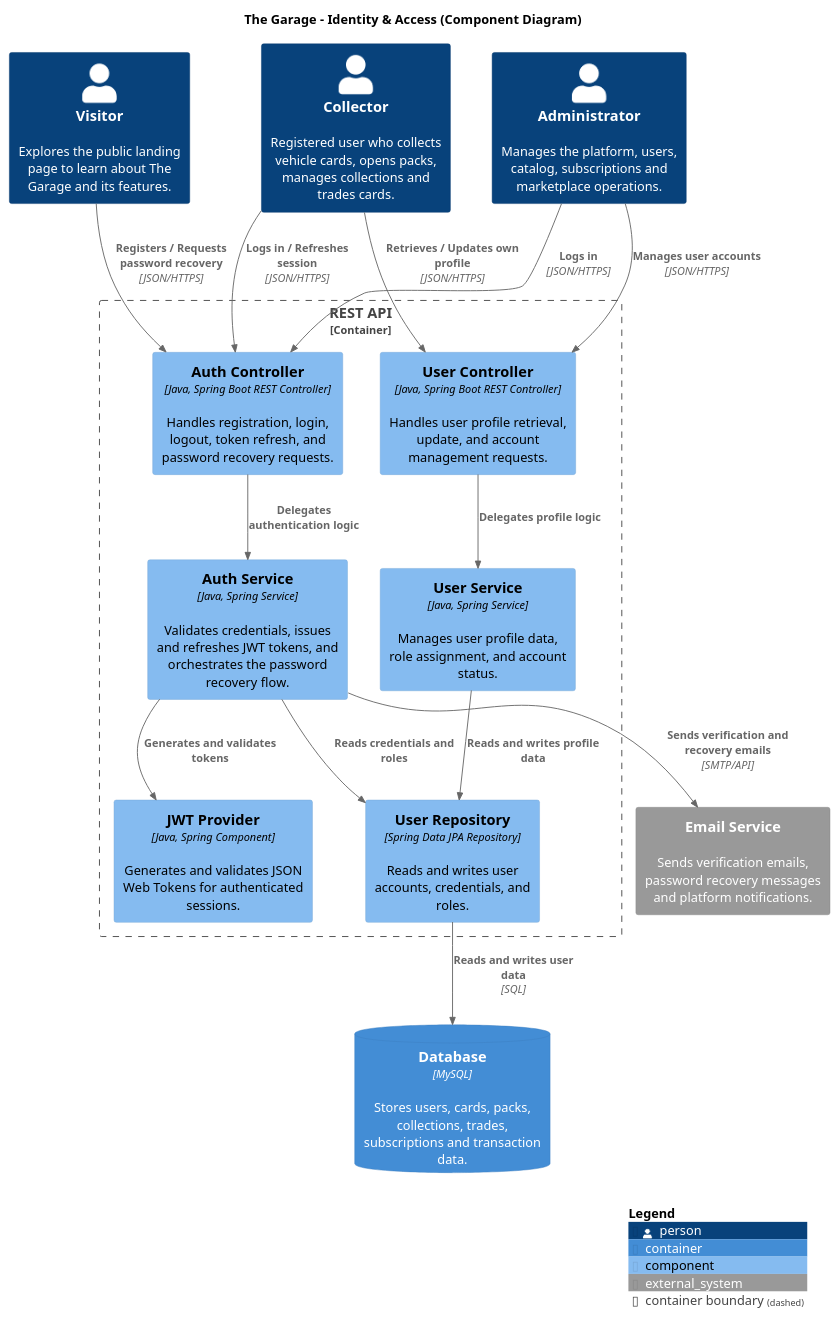
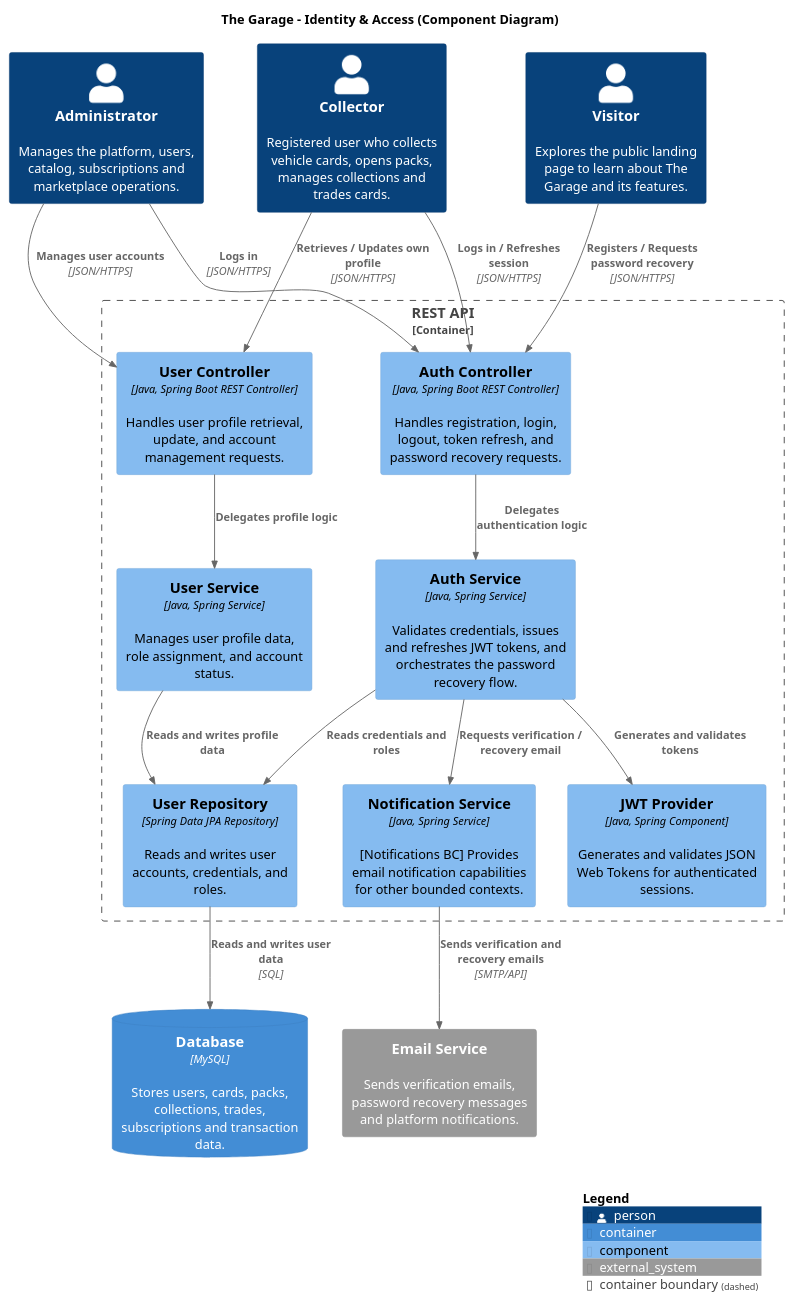
Before and after one commit to the-garage-studio/the-garage-c4-model-design: the diagram in diagrams/ComponentDiagrams/IdentityAccess-ComponentDiagram.puml, drawn with PlantUML.

Commit message:
docs(diagrams): update IdentityAccess_ComponentDiagram

```diff
--- a/diagrams/ComponentDiagrams/IdentityAccess-ComponentDiagram.puml
+++ b/diagrams/ComponentDiagrams/IdentityAccess-ComponentDiagram.puml
@@ -1,47 +1,51 @@
 @startuml IdentityAccess_ComponentDiagram
 !include https://raw.githubusercontent.com/plantuml-stdlib/C4-PlantUML/master/C4_Component.puml
 
 LAYOUT_WITH_LEGEND()
 
 title The Garage - Identity & Access (Component Diagram)
 
 Person(visitor, "Visitor", "Explores the public landing page to learn about The Garage and its features.")
 Person(collector, "Collector", "Registered user who collects vehicle cards, opens packs, manages collections and trades cards.")
 Person(admin, "Administrator", "Manages the platform, users, catalog, subscriptions and marketplace operations.")
 
 System_Ext(email, "Email Service", "Sends verification emails, password recovery messages and platform notifications.")
 
 Container_Boundary(api, "REST API") {
 
     Component(auth_controller, "Auth Controller", "Java, Spring Boot REST Controller", "Handles registration, login, logout, token refresh, and password recovery requests.")
     Component(user_controller, "User Controller", "Java, Spring Boot REST Controller", "Handles user profile retrieval, update, and account management requests.")
 
     Component(auth_service, "Auth Service", "Java, Spring Service", "Validates credentials, issues and refreshes JWT tokens, and orchestrates the password recovery flow.")
     Component(user_service, "User Service", "Java, Spring Service", "Manages user profile data, role assignment, and account status.")
     Component(jwt_provider, "JWT Provider", "Java, Spring Component", "Generates and validates JSON Web Tokens for authenticated sessions.")
 
     Component(user_repository, "User Repository", "Spring Data JPA Repository", "Reads and writes user accounts, credentials, and roles.")
+
+    Component(notification_service, "Notification Service", "Java, Spring Service", "[Notifications BC] Provides email notification capabilities for other bounded contexts.")
+
 }
 
 ContainerDb(database, "Database", "MySQL", "Stores users, cards, packs, collections, trades, subscriptions and transaction data.")
 
 Rel(visitor, auth_controller, "Registers / Requests password recovery", "JSON/HTTPS")
 Rel(collector, auth_controller, "Logs in / Refreshes session", "JSON/HTTPS")
 Rel(admin, auth_controller, "Logs in", "JSON/HTTPS")
 
 Rel(collector, user_controller, "Retrieves / Updates own profile", "JSON/HTTPS")
 Rel(admin, user_controller, "Manages user accounts", "JSON/HTTPS")
 
 Rel(auth_controller, auth_service, "Delegates authentication logic")
 Rel(user_controller, user_service, "Delegates profile logic")
 
 Rel(auth_service, jwt_provider, "Generates and validates tokens")
 Rel(auth_service, user_repository, "Reads credentials and roles")
 Rel(user_service, user_repository, "Reads and writes profile data")
 
 Rel(user_repository, database, "Reads and writes user data", "SQL")
 
-Rel(auth_service, email, "Sends verification and recovery emails", "SMTP/API")
+Rel(auth_service, notification_service, "Requests verification / recovery email")
+Rel(notification_service, email, "Sends verification and recovery emails", "SMTP/API")
 
 SHOW_LEGEND()
 @enduml
```
